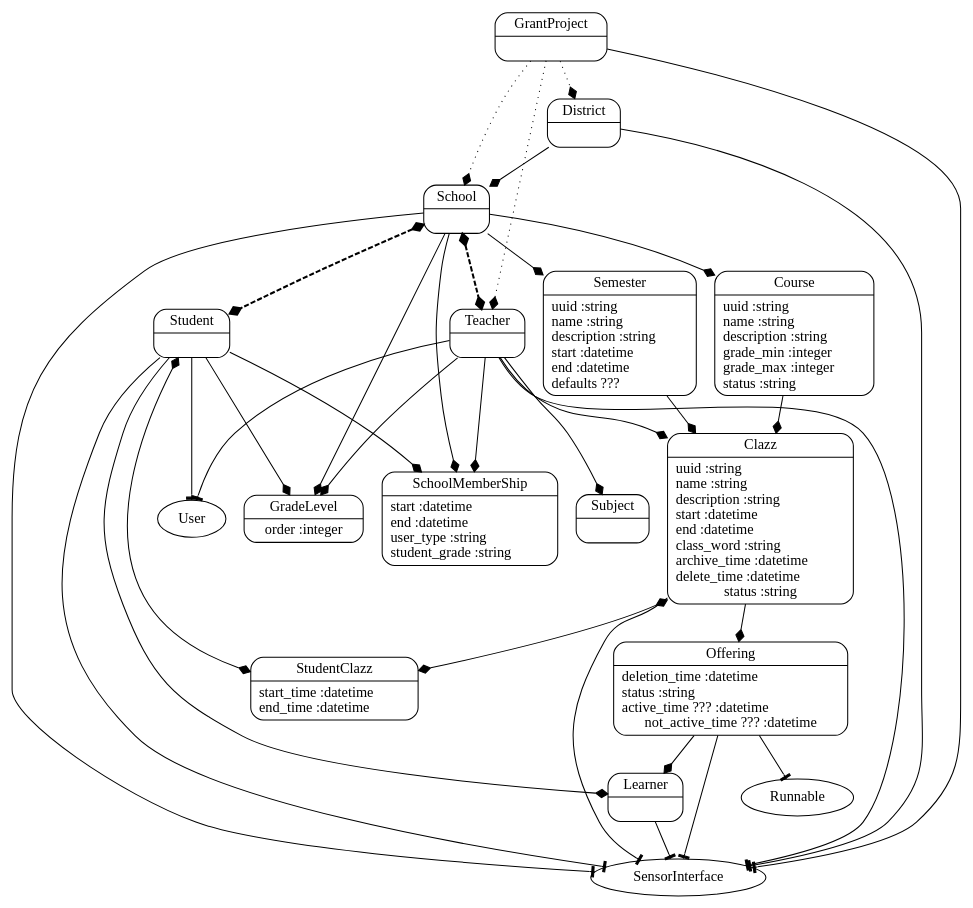
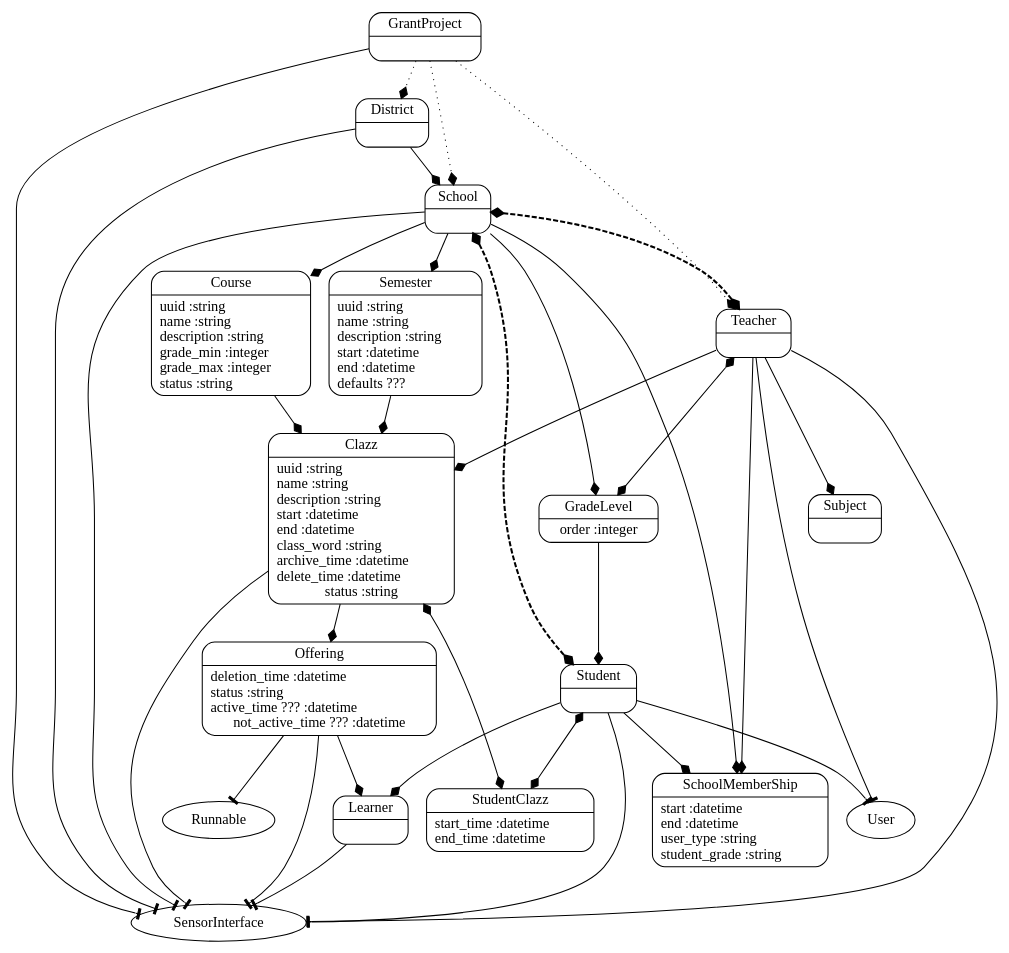
The diagram in models.dot (psndcsrv/rites_portal), drawn with Graphviz before and after one commit. The commit also changed 13 other files, not shown here.

```diff
--- a/models.dot
+++ b/models.dot
@@ -1,51 +1,51 @@
 digraph models_diagram {
   "Course" [shape=Mrecord, label="{Course|uuid :string\lname :string\ldescription :string\lgrade_min :integer\lgrade_max :integer\lstatus :string\l}"]
 	"Semester" [shape=Mrecord, label="{Semester|uuid :string\lname :string\ldescription :string\lstart :datetime\lend :datetime\ldefaults ???\l}"]
 	"Clazz" [shape=Mrecord, label="{Clazz|uuid :string\lname :string\ldescription :string\lstart :datetime\lend :datetime\lclass_word :string\larchive_time :datetime\ldelete_time :datetime\lstatus :string}"]
 	"SchoolMembership" [shape=Mrecord, label="{SchoolMemberShip|start :datetime\lend :datetime\luser_type :string\lstudent_grade :string\l}"]
 	"GradeLevel" [shape=Mrecord, label="{GradeLevel|order :integer}"]
 	"Subject" [shape=Mrecord, label="{Subject|\l}"]
 	"StudentClazz" [shape=Mrecord, label="{StudentClazz|start_time :datetime\lend_time :datetime\l}"]
 	"Offering" [shape=Mrecord, label="{Offering|deletion_time :datetime\lstatus :string\lactive_time ??? :datetime\lnot_active_time ??? :datetime}"]
 	"Learner" [shape=Mrecord, label="{Learner|\l}"]
 	"District" [shape=Mrecord, label="{District|\l}"]
 	"GrantProject" [shape=Mrecord, label="{GrantProject|\l}"]
 	"School" [shape=Mrecord, label="{School|\l}"]
 	"Teacher" [shape=Mrecord, label="{Teacher|\l}"]
 	"Student" [shape=Mrecord, label="{Student|\l}"]
 	
 	"School" -> "Course" [arrowtail=none, arrowhead=diamond, dir=both]
 	"School" -> "Semester" [arrowtail=none, arrowhead=diamond, dir=both]
 	"Course" -> "Clazz" [arrowtail=none, arrowhead=diamond, dir=both]
 	"Semester" -> "Clazz" [arrowtail=none, arrowhead=diamond, dir=both]
 	"Teacher" -> "Clazz" [arrowtail=none, arrowhead=diamond, dir=both]
 	"Clazz" -> "Offering" [arrowtail=none, arrowhead=diamond, dir=both]
 	"Clazz" -> "SensorInterface" [arrowtail=none, arrowhead=tee, dir=both]
 	"School" -> "SchoolMembership" [arrowtail=none, arrowhead=diamond, dir=both]
 	"Teacher" -> "SchoolMembership" [arrowtail=none, arrowhead=diamond, dir=both]
 	"Student" -> "SchoolMembership"  [arrowtail=none, arrowhead=diamond, dir=both]
-	"Student" -> "GradeLevel" [arrowtail=none, arrowhead=diamond, dir=both]
-	"Teacher" -> "GradeLevel" [arrowtail=none, arrowhead=diamond, dir=both]
+	"GradeLevel" -> "Student" [arrowtail=none, arrowhead=diamond, dir=both]
+	"Teacher" -> "GradeLevel" [arrowtail=diamond, arrowhead=diamond, dir=both]
 	"Teacher" -> "Subject" [arrowtail=none, arrowhead=diamond, dir=both]
 	"School" -> "GradeLevel" [arrowtail=none, arrowhead=diamond, dir=both]
 	"School" -> "SensorInterface" [arrowtail=none, arrowhead=tee, dir=both]
 	"Student" -> "StudentClazz" [arrowtail=diamond, arrowhead=diamond, dir=both]
 	"Clazz" -> "StudentClazz" [arrowtail=diamond, arrowhead=diamond, dir=both]
 	"Offering" -> "Runnable" [arrowtail=none, arrowhead=tee, dir=both]
 	"Offering" -> "SensorInterface" [arrowtail=none, arrowhead=tee, dir=both]
 	"Student" -> "Learner" [arrowtail=none, arrowhead=diamond, dir=both]
 	"Offering" -> "Learner" [arrowtail=none, arrowhead=diamond, dir=both]
 	"Learner" -> "SensorInterface" [arrowtail=none, arrowhead=tee, dir=both]
 	"District" -> "School" [arrowtail=none, arrowhead=diamond, dir=both]
 	"District" -> "SensorInterface" [arrowtail=none, arrowhead=tee, dir=both]
 	"GrantProject" -> "SensorInterface" [arrowtail=none, arrowhead=tee, dir=both]
 	"GrantProject" -> "District" [arrowtail=none, arrowhead=diamond, dir=both, style=dotted]
 	"GrantProject" -> "School" [arrowtail=none, arrowhead=diamond, dir=both, style=dotted]
 	"GrantProject" -> "Teacher" [arrowtail=none, arrowhead=diamond, dir=both, style=dotted]
 	"Student" -> "User" [arrowtail=none, arrowhead=tee, dir=both]
 	"Teacher" -> "User" [arrowtail=none, arrowhead=tee, dir=both]
 	"Student" -> "SensorInterface" [arrowtail=none, arrowhead=tee, dir=both]
 	"Teacher" -> "SensorInterface" [arrowtail=none, arrowhead=tee, dir=both]
 	"School" -> "Teacher" [arrowtail=diamond, arrowhead=diamond, dir=both, style="dashed,bold"]
 	"School" -> "Student" [arrowtail=diamond, arrowhead=diamond, dir=both, style="dashed,bold"]
 }
```
